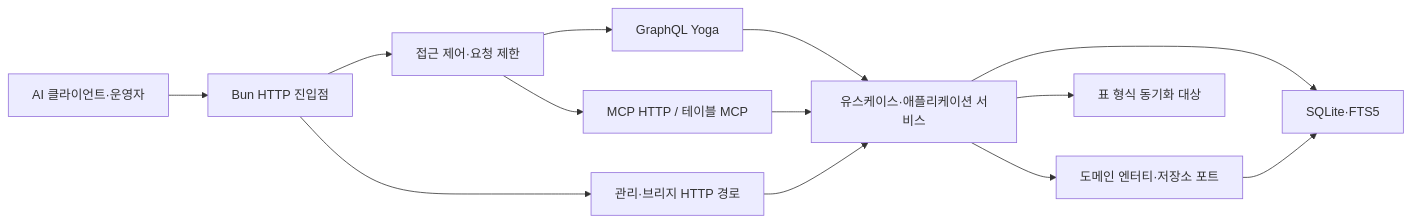
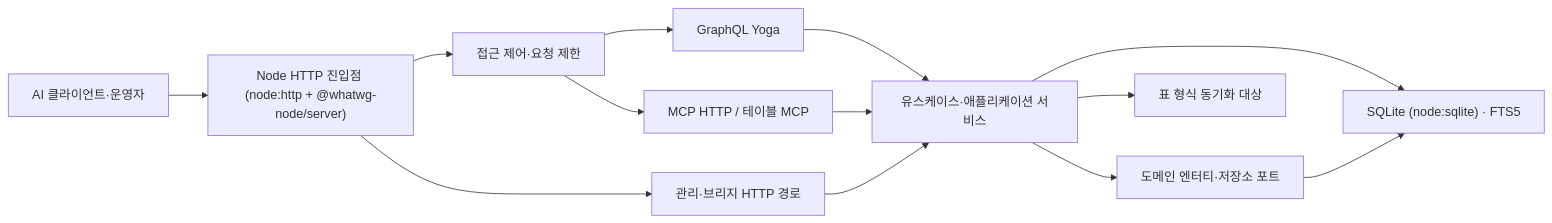
One commit to mineclover/bun-graph-db changed the diagram in docs/architecture/overview.md. Above: the diagram before and after it, drawn with Mermaid. The commit also changed other lines of this file and 471 other files, not shown here.

````diff
--- a/docs/architecture/overview.md
+++ b/docs/architecture/overview.md
@@ -27,15 +27,15 @@
 ```mermaid
 flowchart LR
-  Client["AI 클라이언트·운영자"] --> Edge["Bun HTTP 진입점"]
+  Client["AI 클라이언트·운영자"] --> Edge["Node HTTP 진입점 (node:http + @whatwg-node/server)"]
   Edge --> Security["접근 제어·요청 제한"]
   Security --> GraphQL["GraphQL Yoga"]
   Security --> MCP["MCP HTTP / 테이블 MCP"]
   Edge --> REST["관리·브리지 HTTP 경로"]
   GraphQL --> App["유스케이스·애플리케이션 서비스"]
   MCP --> App
   REST --> App
   App --> Domain["도메인 엔터티·저장소 포트"]
-  App --> SQLite["SQLite·FTS5"]
+  App --> SQLite["SQLite (node:sqlite) · FTS5"]
   App --> Sync["표 형식 동기화 대상"]
   Domain --> SQLite
 ```
````
